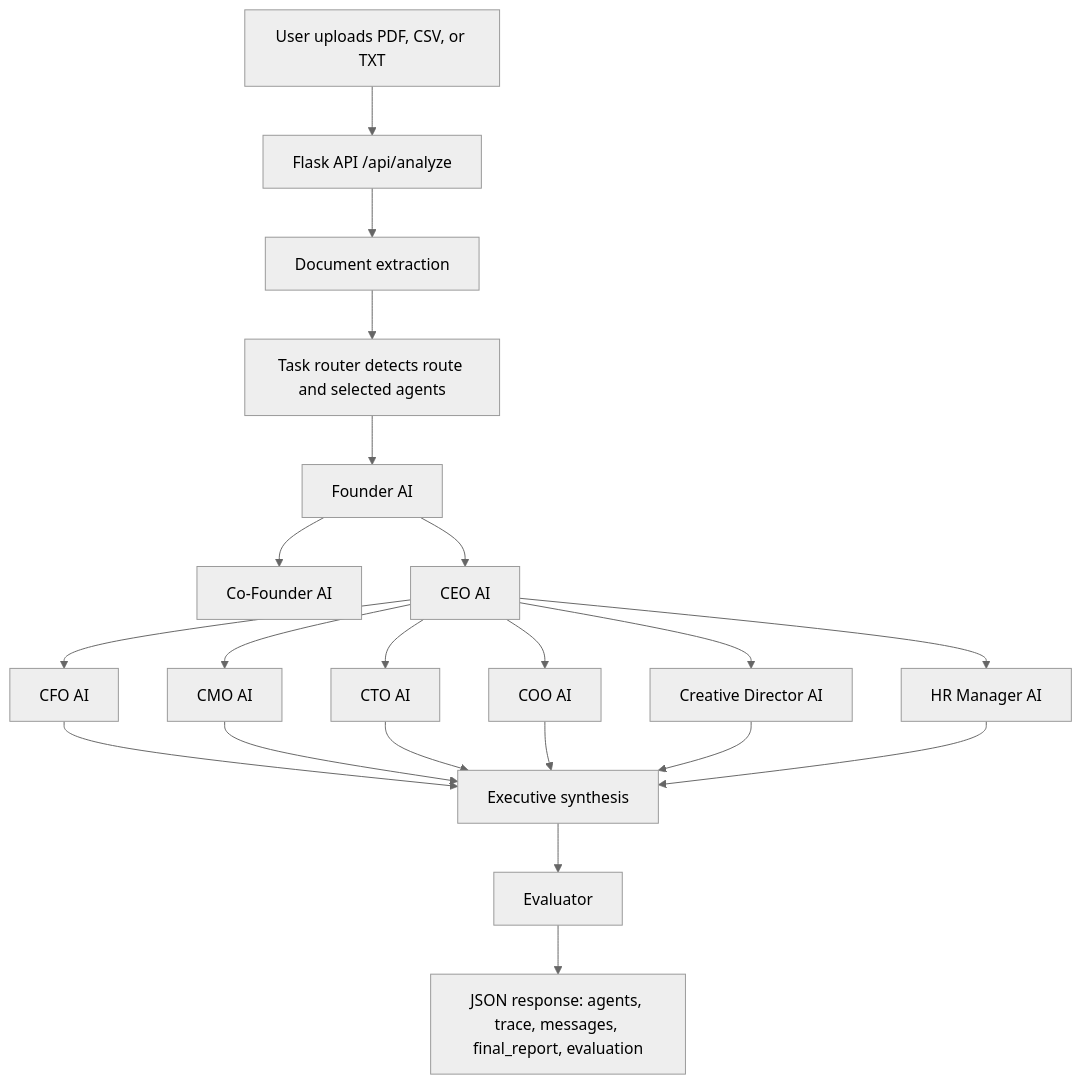
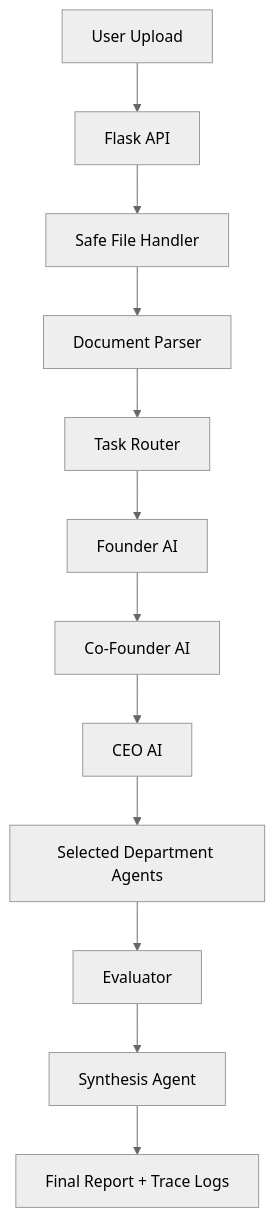
Before and after one commit to MrithunjoyB/finflow-ai: the diagram in README.md, drawn with Mermaid (neutral theme). The commit also changed other lines of this file and 6 other files, not shown here.

````diff
--- a/README.md
+++ b/README.md
@@ -40,23 +35,14 @@
 ```mermaid
 flowchart TD
-    U["User uploads PDF, CSV, or TXT"] --> API["Flask API /api/analyze"]
-    API --> EX["Document extraction"]
-    EX --> ROUTER["Task router detects route and selected agents"]
-    ROUTER --> F["Founder AI"]
-    F --> CF["Co-Founder AI"]
-    F --> CEO["CEO AI"]
-    CEO --> CFO["CFO AI"]
-    CEO --> CMO["CMO AI"]
-    CEO --> CTO["CTO AI"]
-    CEO --> COO["COO AI"]
-    CEO --> CR["Creative Director AI"]
-    CEO --> HR["HR Manager AI"]
-    CFO --> SYN["Executive synthesis"]
-    CMO --> SYN
-    CTO --> SYN
-    COO --> SYN
-    CR --> SYN
-    HR --> SYN
-    SYN --> EV["Evaluator"]
-    EV --> RES["JSON response: agents, trace, messages, final_report, evaluation"]
+    A["User Upload"] --> B["Flask API"]
+    B --> C["Safe File Handler"]
+    C --> D["Document Parser"]
+    D --> E["Task Router"]
+    E --> F["Founder AI"]
+    F --> G["Co-Founder AI"]
+    G --> H["CEO AI"]
+    H --> I["Selected Department Agents"]
+    I --> J["Evaluator"]
+    J --> K["Synthesis Agent"]
+    K --> L["Final Report + Trace Logs"]
 ```
````
